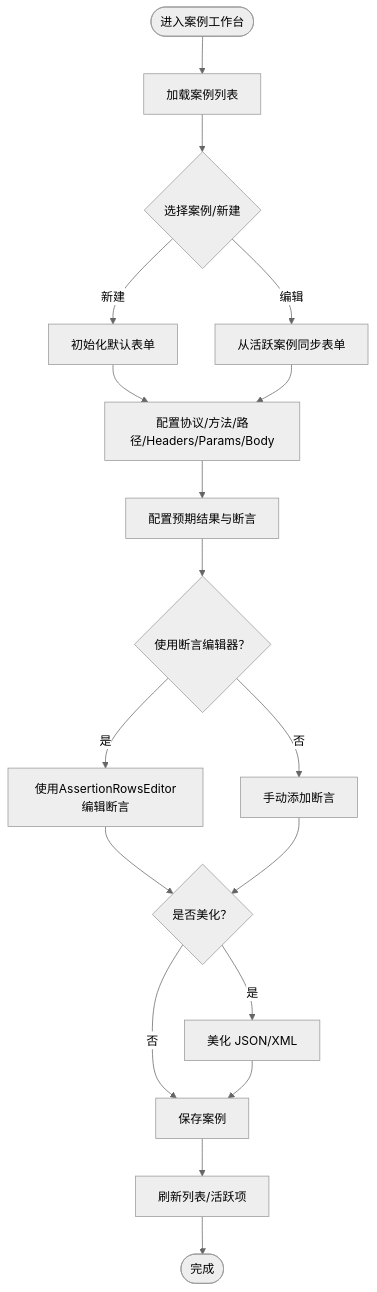
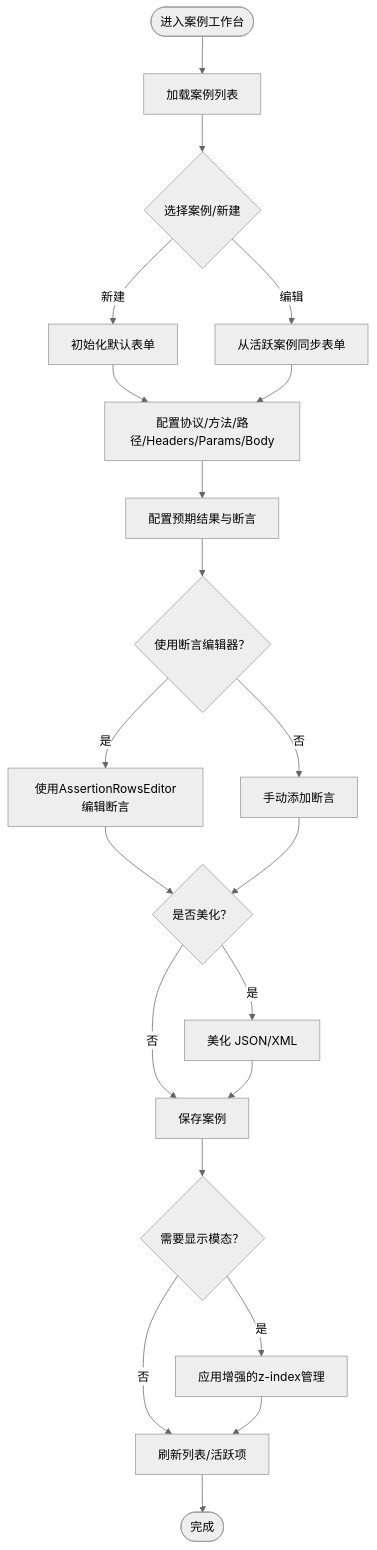
Before and after one commit to Lichhu/caseForge: the third of 11 diagrams in .qoder/repowiki/zh/content/前端开发/组件系统/API 测试组件.md, drawn with Mermaid (neutral theme). The commit also changed other lines of this file and 8 other files, not shown here.

````diff
--- a/.qoder/repowiki/zh/content/前端开发/组件系统/API 测试组件.md
+++ b/.qoder/repowiki/zh/content/前端开发/组件系统/API 测试组件.md
@@ -183,20 +189,23 @@
 ```mermaid
 flowchart TD
 Start(["进入案例工作台"]) --> LoadCases["加载案例列表"]
 LoadCases --> SelectCase{"选择案例/新建"}
 SelectCase --> |新建| NewForm["初始化默认表单"]
 SelectCase --> |编辑| EditForm["从活跃案例同步表单"]
 NewForm --> Config["配置协议/方法/路径/Headers/Params/Body"]
 EditForm --> Config
 Config --> Expected["配置预期结果与断言"]
 Expected --> UseEditor{"使用断言编辑器？"}
 UseEditor --> |是| AssertionEditor["使用AssertionRowsEditor编辑断言"]
 UseEditor --> |否| ManualAssert["手动添加断言"]
 AssertionEditor --> Beautify{"是否美化？"}
 ManualAssert --> Beautify
 Beautify --> |是| Pretty["美化 JSON/XML"]
 Beautify --> |否| Save
 Pretty --> Save["保存案例"]
-Save --> Refresh["刷新列表/活跃项"]
+Save --> ModalCheck{"需要显示模态？"}
+ModalCheck --> |是| ApplyZIndex["应用增强的z-index管理"]
+ModalCheck --> |否| Refresh
+ApplyZIndex --> Refresh["刷新列表/活跃项"]
 Refresh --> End(["完成"])
 ```
````
